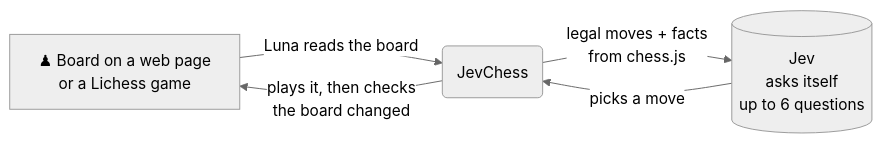
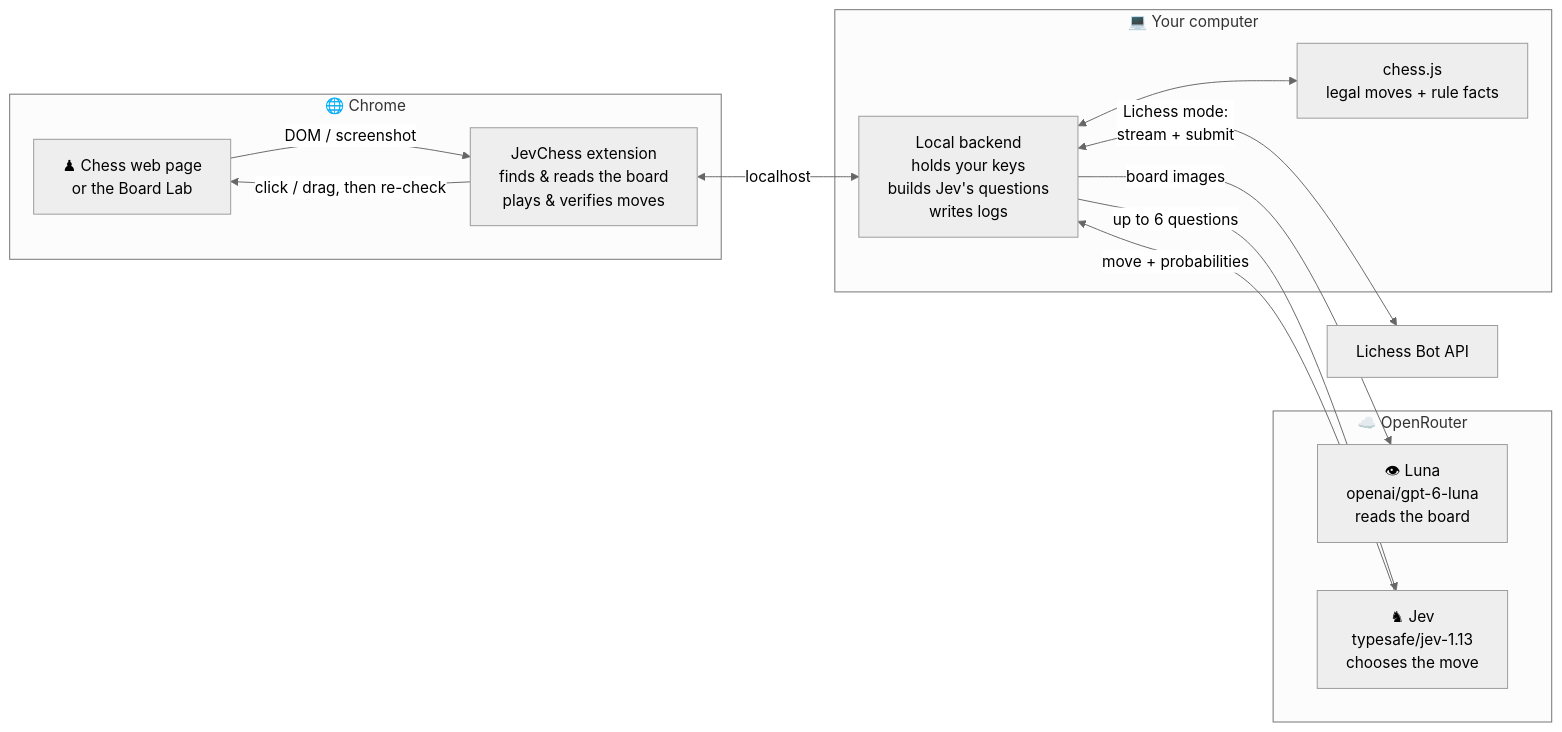
The diagram in README.md (shihabalratul/Jev-chess), drawn with Mermaid (neutral theme) before and after one commit. The commit also changed other lines of this file and 8 other files, not shown here.

First line of the commit message:
Readable architecture guide and docs for people and AI agents

````diff
--- a/README.md
+++ b/README.md
@@ -118,7 +118,25 @@
 ```mermaid
 flowchart LR
-    A[♟ Board on a web page<br/>or a Lichess game] -->|Luna reads the board| B(JevChess)
-    B -->|legal moves + facts<br/>from chess.js| C[(Jev<br/>asks itself<br/>up to 6 questions)]
-    C -->|picks a move| B
-    B -->|plays it, then checks<br/>the board changed| A
+    subgraph BROWSER["🌐 Chrome"]
+        PAGE["♟ Chess web page<br/>or the Board Lab"]
+        EXT["JevChess extension<br/>finds & reads the board<br/>plays & verifies moves"]
+    end
+    subgraph LOCAL["💻 Your computer"]
+        API["Local backend<br/>holds your keys<br/>builds Jev's questions<br/>writes logs"]
+        RULES["chess.js<br/>legal moves + rule facts"]
+    end
+    subgraph AI["☁️ OpenRouter"]
+        LUNA["👁 Luna<br/>openai/gpt-6-luna<br/>reads the board"]
+        JEV["♞ Jev<br/>typesafe/jev-1.13<br/>chooses the move"]
+    end
+    LICHESS["Lichess Bot API"]
+
+    PAGE -->|"DOM / screenshot"| EXT
+    EXT <-->|"localhost"| API
+    API -->|"board images"| LUNA
+    API <--> RULES
+    API -->|"up to 6 questions"| JEV
+    JEV -->|"move + probabilities"| API
+    EXT -->|"click / drag, then re-check"| PAGE
+    API <-->|"Lichess mode:<br/>stream + submit"| LICHESS
 ```
````
